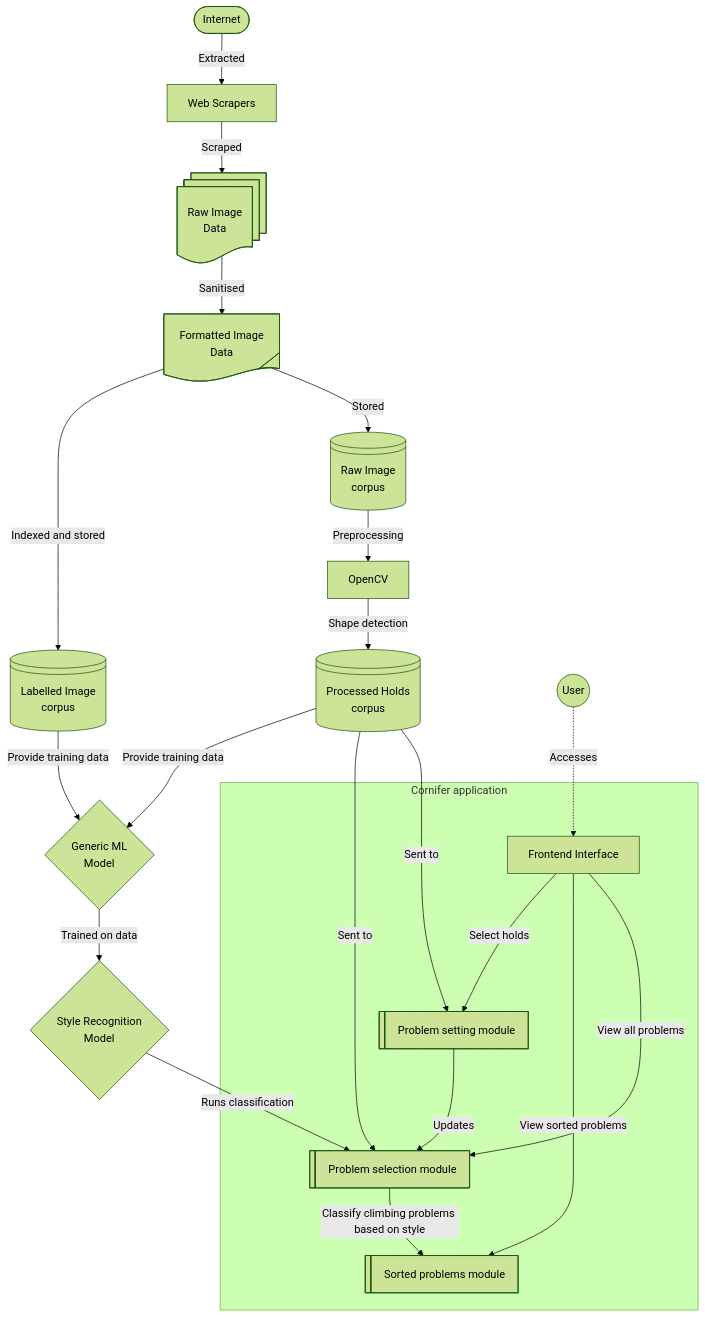
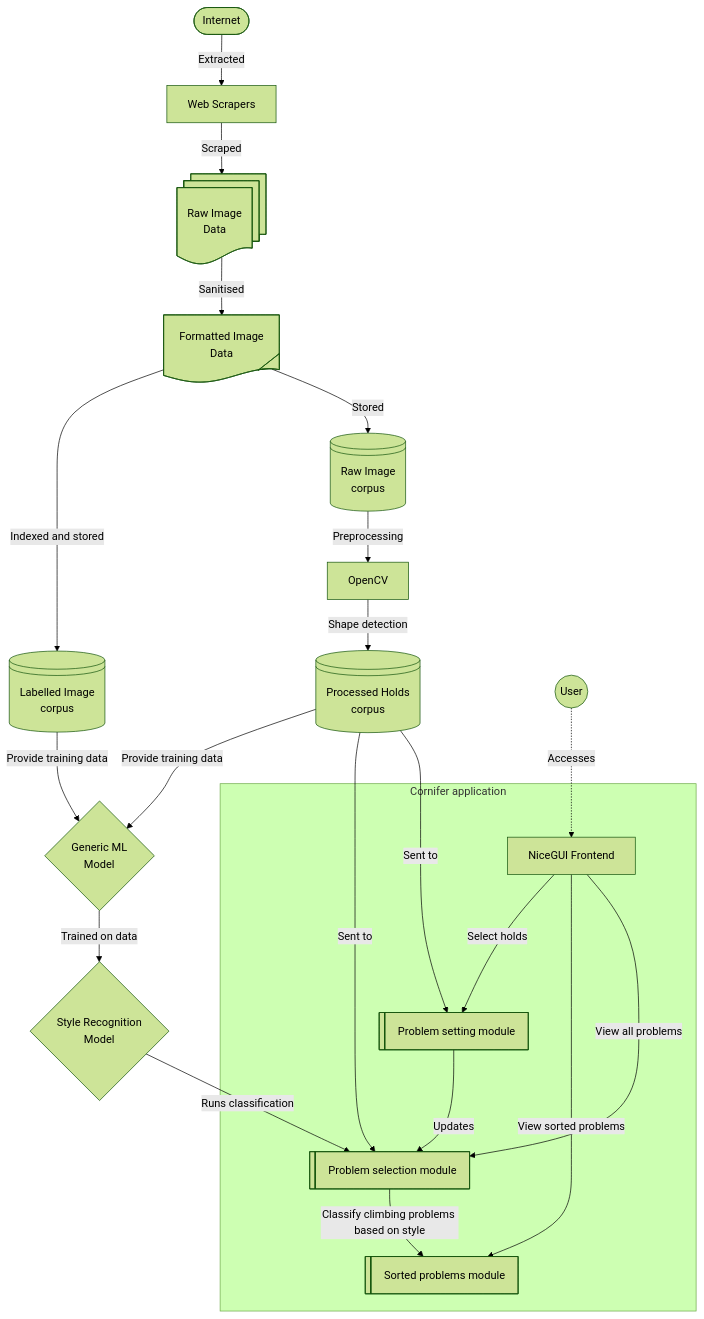
One commit to gongahkia/cornifer changed the diagram in README.md. Above: the diagram before and after it, drawn with Mermaid (forest theme). The commit also changed other lines of this file and 1 other file, not shown here.

````diff
--- a/README.md
+++ b/README.md
@@ -15,24 +20,24 @@
 ```mermaid
 graph TD;
     V([Internet]) --> |Extracted| W[Web Scrapers]
     W --> |Scraped| Data@{shape: docs, label: "Raw Image<br>Data"}
     Data --> |Sanitised| Formatted@{ shape: tag-doc, label: "Formatted Image<br>Data"}
     Formatted --> |Stored| A@{ shape: lin-cyl, label: "Raw Image<br>corpus" }
     Formatted --> |Indexed and stored| B@{ shape: lin-cyl, label: "Labelled Image<br>corpus" }
     A --> |Preprocessing| E[OpenCV]
     E --> |Shape detection| F@{ shape: lin-cyl, label: "Processed Holds<br>corpus"}
     F --> |Sent to| G@{ shape: lin-rect, label: "Problem setting module"}
     F --> |Sent to| L@{ shape: lin-rect, label: "Problem selection module"}
     G -->|Updates| L
     M@{ shape: circle, label: "User" } -.-> |Accesses| K
     subgraph "Cornifer application"
-        K[Frontend Interface] --> |View all problems|L
+        K[NiceGUI Frontend] --> |View all problems|L
         K --> |View sorted problems| Y
         K --> |Select holds|G
     end
     B --> |Provide training data| H@{ shape: diamond, label: "Generic ML<br>Model" }
     F --> |Provide training data| H
     H --> |Trained on data| I@{ shape: diamond, label: "Style Recognition<br>Model"}
     I --> |Runs classification| L
     L --> |Classify climbing problems based on style| Y@{ shape: lin-rect, label: "Sorted problems module"}
 ```
````
